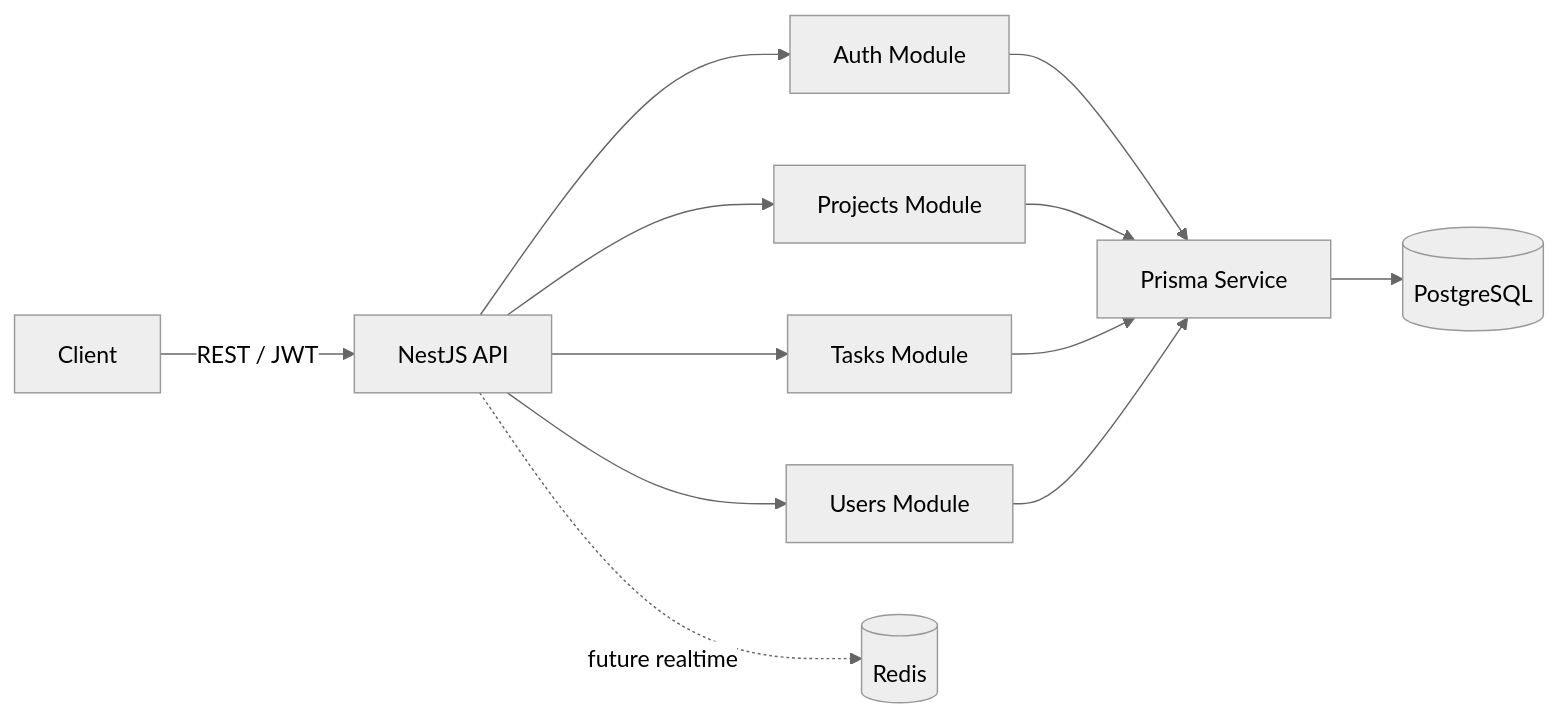
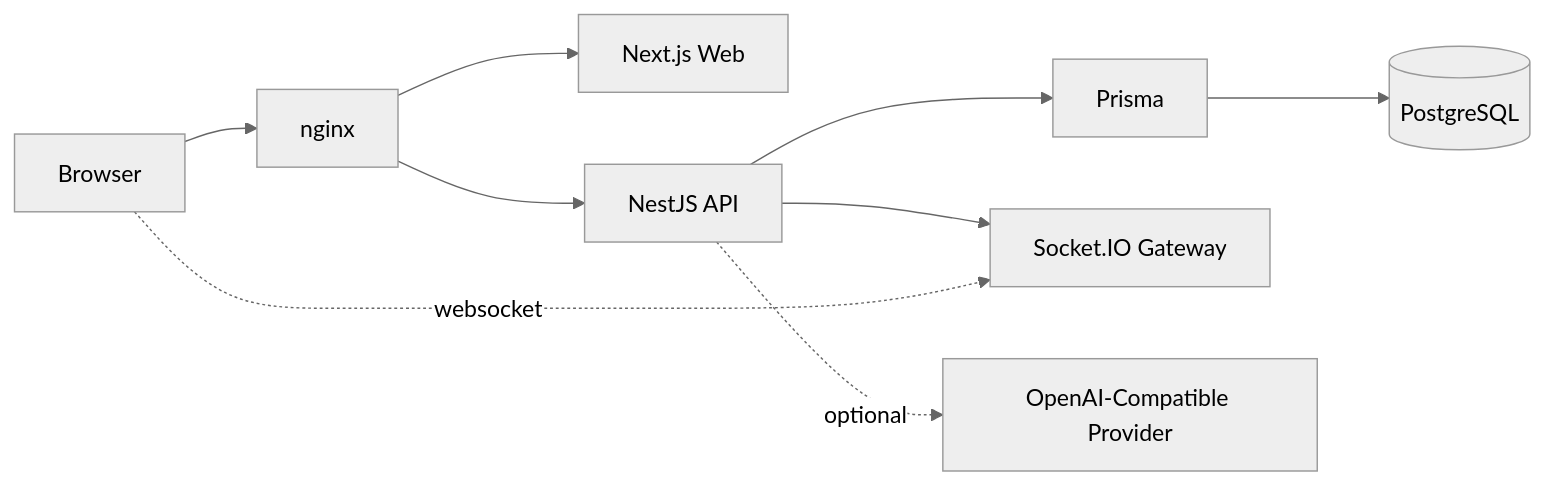
Before and after one commit to alekator/taskflow: the diagram in README.md, drawn with Mermaid (neutral theme). The commit also changed other lines of this file and 11 other files, not shown here.

````diff
--- a/README.md
+++ b/README.md
@@ -32,14 +195,11 @@
 ```mermaid
 flowchart LR
-  C[Client] -->|REST / JWT| API[NestJS API]
-  API --> Auth[Auth Module]
-  API --> Proj[Projects Module]
-  API --> Task[Tasks Module]
-  API --> User[Users Module]
-  Auth --> Prisma[Prisma Service]
-  Proj --> Prisma
-  Task --> Prisma
-  User --> Prisma
-  Prisma --> PG[(PostgreSQL)]
-  API -. future realtime .-> Redis[(Redis)]
+  Browser[Browser] --> Nginx[nginx]
+  Nginx --> Web[Next.js Web]
+  Nginx --> API[NestJS API]
+  API --> Prisma[Prisma]
+  Prisma --> Postgres[(PostgreSQL)]
+  API --> Realtime[Socket.IO Gateway]
+  Browser -. websocket .-> Realtime
+  API -. optional .-> LLM[OpenAI-Compatible Provider]
 ```
````
